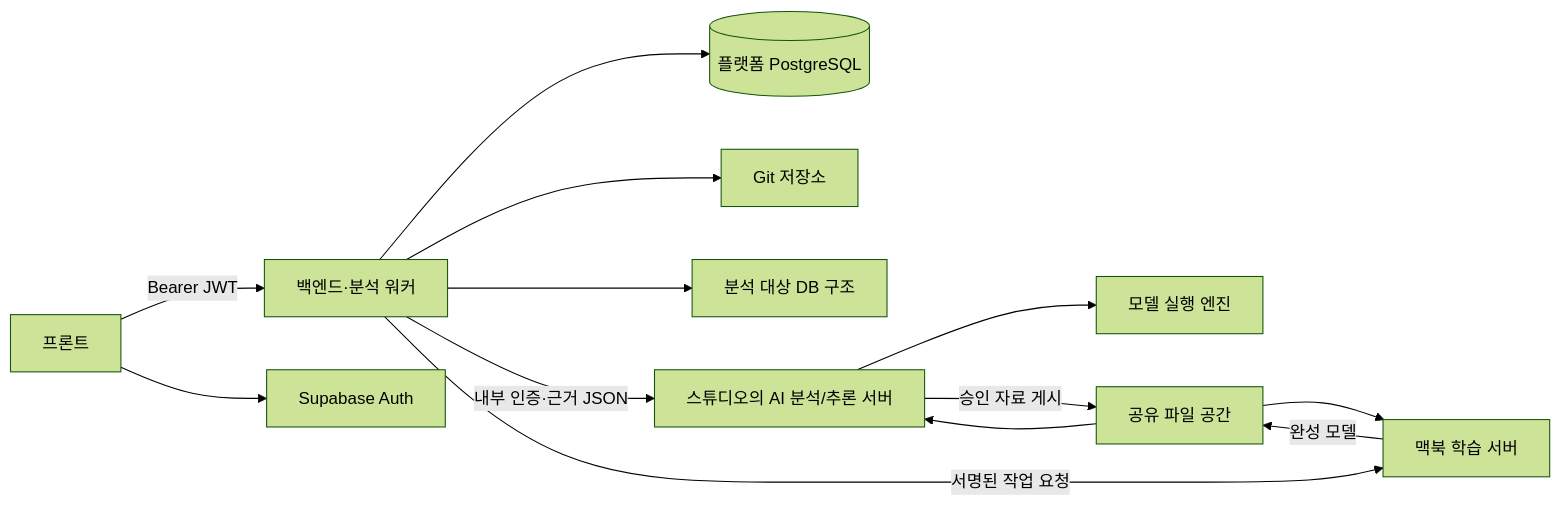
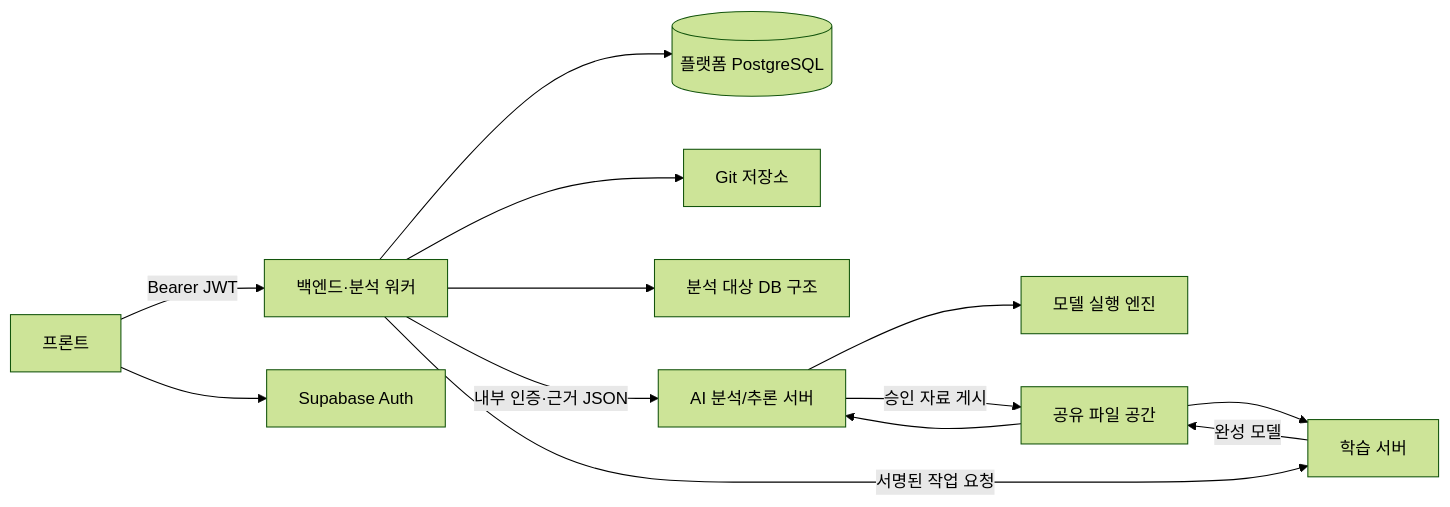
The first of 2 diagrams in docs/02_시스템_아키텍처.md (KimAgHuge/hackathon-ai), drawn with Mermaid (forest theme) before and after one commit. The commit also changed other lines of this file and 17 other files, not shown here.

````diff
--- a/docs/02_시스템_아키텍처.md
+++ b/docs/02_시스템_아키텍처.md
@@ -29,15 +28,15 @@
 ```mermaid
 flowchart LR
     UI["프론트"] -->|"Bearer JWT"| BE["백엔드·분석 워커"]
     UI --> AUTH["Supabase Auth"]
     BE --> DB[("플랫폼 PostgreSQL")]
     BE --> GIT["Git 저장소"]
     BE --> TARGET["분석 대상 DB 구조"]
-    BE -->|"내부 인증·근거 JSON"| AI["스튜디오의 AI 분석/추론 서버"]
+    BE -->|"내부 인증·근거 JSON"| AI["AI 분석/추론 서버"]
     AI --> ENGINE["모델 실행 엔진"]
-    BE -->|"서명된 작업 요청"| TRAIN["맥북 학습 서버"]
+    BE -->|"서명된 작업 요청"| TRAIN["학습 서버"]
     AI -->|"승인 자료 게시"| SHARE["공유 파일 공간"]
     SHARE --> TRAIN
     TRAIN -->|"완성 모델"| SHARE
     SHARE --> AI
 ```
````
